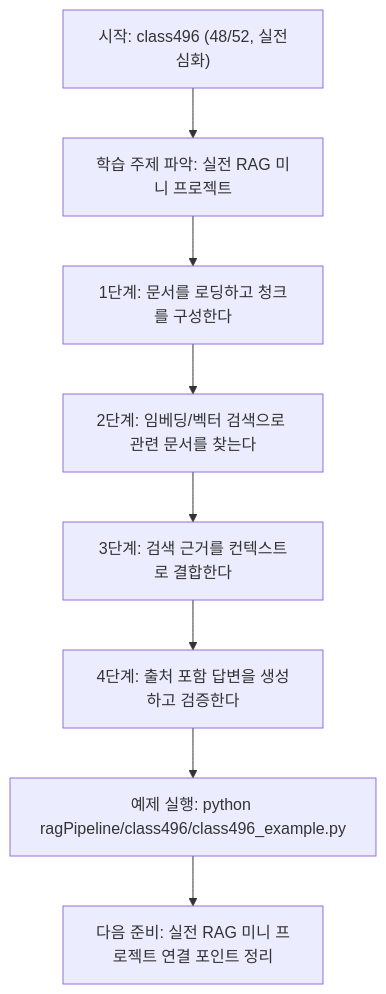
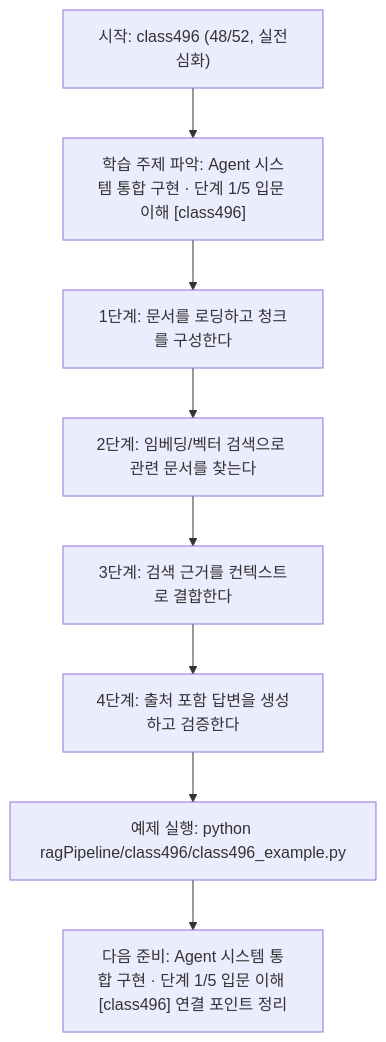
Before and after one commit to edumgt/Python-AI_Agent-Class: the diagram in ragPipeline/class496/class496.md, drawn with Mermaid. The commit also changed other lines of this file and 522 other files, not shown here.

````diff
--- a/ragPipeline/class496/class496.md
+++ b/ragPipeline/class496/class496.md
@@ -111,18 +112,18 @@
 ```mermaid
 flowchart TD
 N1["시작: class496 (48/52, 실전심화)"]
-N2["학습 주제 파악: 실전 RAG 미니 프로젝트"]
+N2["학습 주제 파악: Agent 시스템 통합 구현 · 단계 1/5 입문 이해 [class496]"]
 N3["1단계: 문서를 로딩하고 청크를 구성한다"]
 N4["2단계: 임베딩/벡터 검색으로 관련 문서를 찾는다"]
 N5["3단계: 검색 근거를 컨텍스트로 결합한다"]
 N6["4단계: 출처 포함 답변을 생성하고 검증한다"]
 N7["예제 실행: python ragPipeline/class496/class496_example.py"]
-N8["다음 준비: 실전 RAG 미니 프로젝트 연결 포인트 정리"]
+N8["다음 준비: Agent 시스템 통합 구현 · 단계 1/5 입문 이해 [class496] 연결 포인트 정리"]
 N1 --> N2
 N2 --> N3
 N3 --> N4
 N4 --> N5
 N5 --> N6
 N6 --> N7
 N7 --> N8
 ```
````
